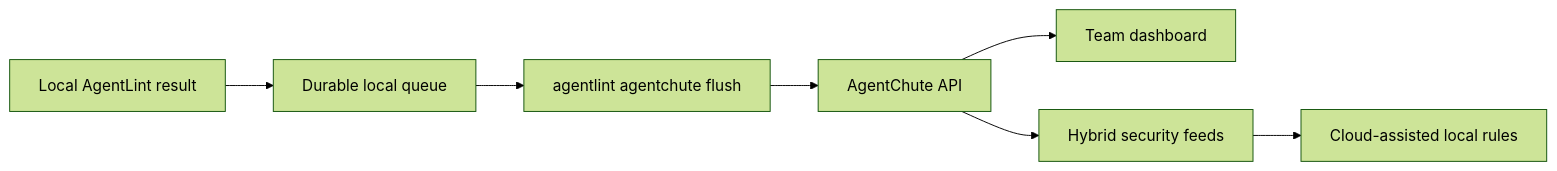
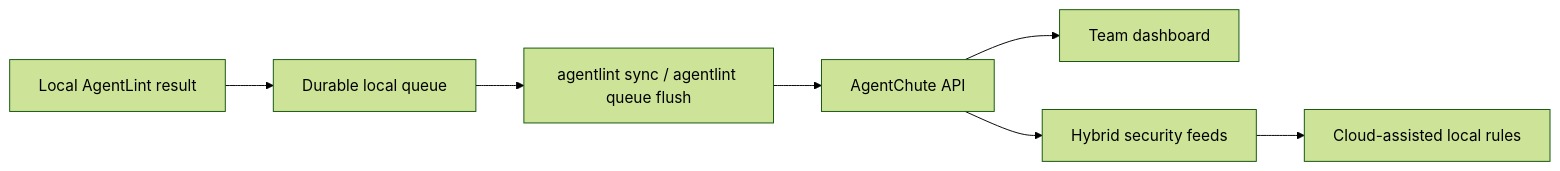
The fifth of 6 diagrams in docs/architecture.md (mauhpr/agentlint), drawn with Mermaid (forest theme) before and after one commit. The commit also changed other lines of this file and 85 other files, not shown here.

````diff
--- a/docs/architecture.md
+++ b/docs/architecture.md
@@ -94,9 +123,9 @@
 ```mermaid
 flowchart LR
   Engine[Local AgentLint result] --> Queue[Durable local queue]
-  Queue --> Flush[agentlint agentchute flush]
+  Queue --> Flush[agentlint sync / agentlint queue flush]
   Flush --> API[AgentChute API]
   API --> Dashboard[Team dashboard]
   API --> Feeds[Hybrid security feeds]
   Feeds --> Rules[Cloud-assisted local rules]
 ```
````
